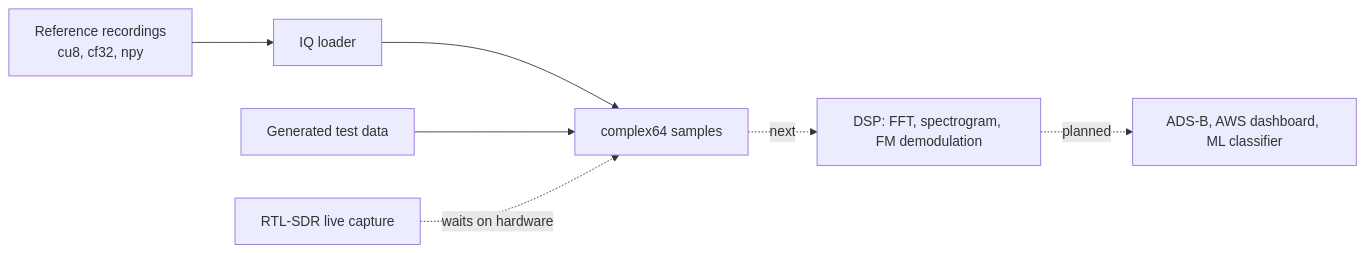
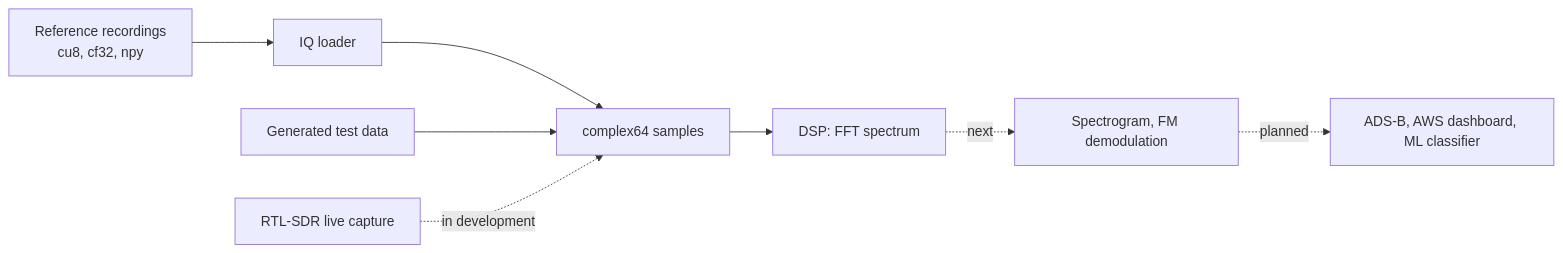
One commit to grandmas-code-mill/pi-rf-monitor changed the diagram in README.md. Above: the diagram before and after it, drawn with Mermaid. The commit also changed other lines of this file, not shown here.

First line of the commit message:
Revise README for project status and roadmap updates

````diff
--- a/README.md
+++ b/README.md
@@ -26,9 +26,10 @@
 ```mermaid
 flowchart LR
     A[Reference recordings<br/>cu8, cf32, npy] --> L[IQ loader]
     L --> S[complex64 samples]
     G[Generated test data] --> S
-    C[RTL-SDR live capture] -.->|waits on hardware| S
-    S -.->|next| D[DSP: FFT, spectrogram, FM demodulation]
-    D -.->|planned| F[ADS-B, AWS dashboard, ML classifier]
+    C[RTL-SDR live capture] -.->|in development| S
+    S --> D[DSP: FFT spectrum]
+    D -.->|next| N[Spectrogram, FM demodulation]
+    N -.->|planned| F[ADS-B, AWS dashboard, ML classifier]
 ```
````
